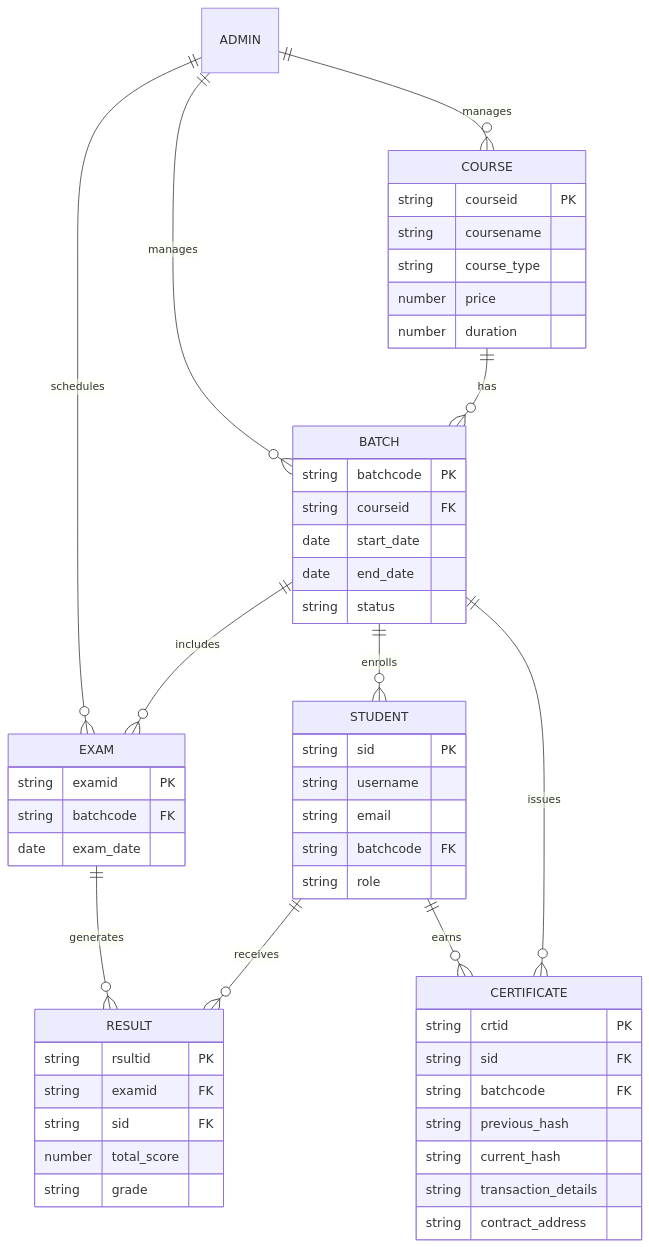
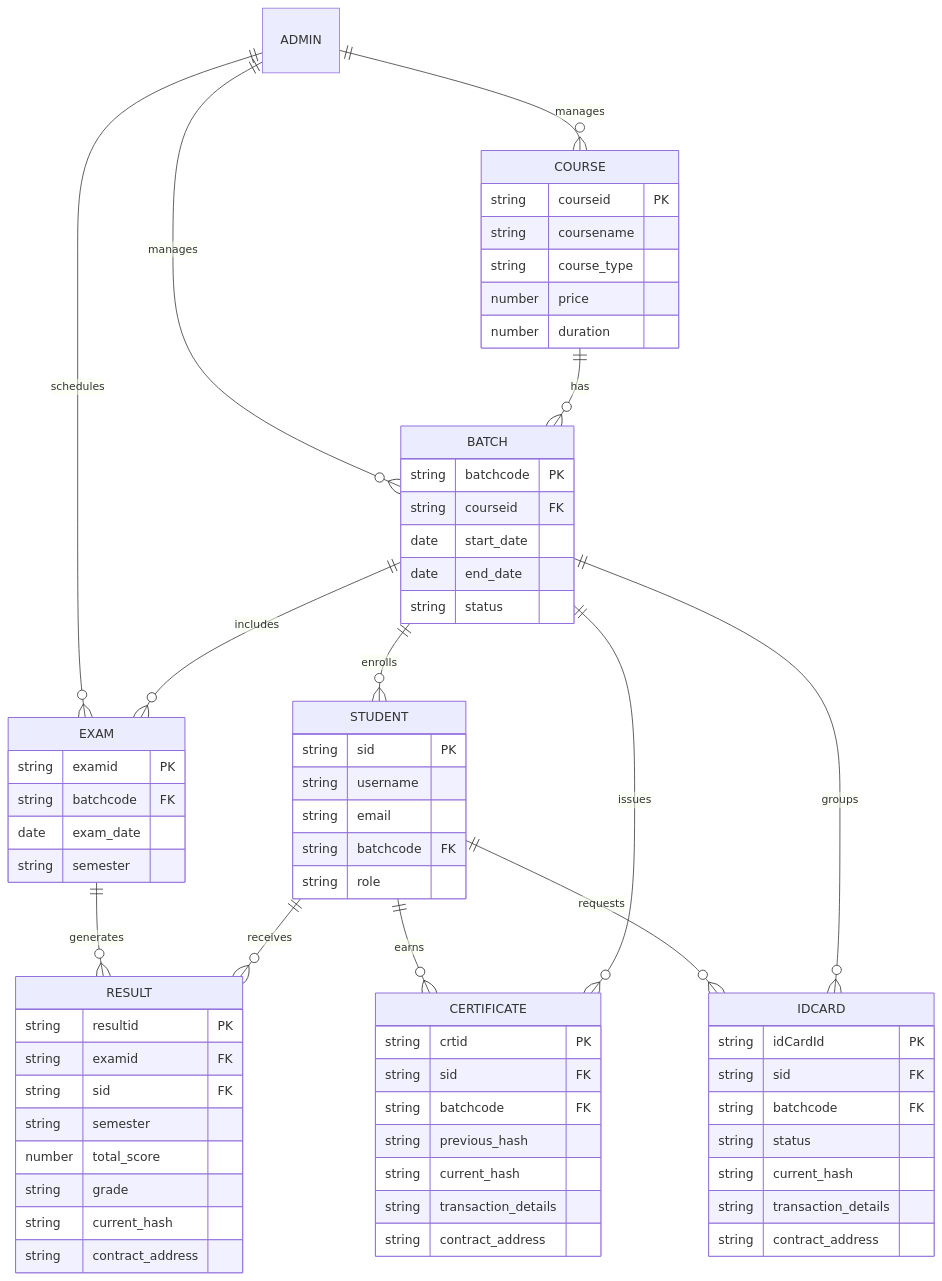
The first of 4 diagrams in README.md (saikatssg/student-education-portal), drawn with Mermaid before and after one commit. The commit also changed other lines of this file, not shown here.

````diff
--- a/README.md
+++ b/README.md
@@ -53,56 +64,71 @@
 ```mermaid
 erDiagram
     ADMIN ||--o{ COURSE : manages
     ADMIN ||--o{ BATCH : manages
     ADMIN ||--o{ EXAM : schedules
     COURSE ||--o{ BATCH : has
     BATCH ||--o{ STUDENT : enrolls
     BATCH ||--o{ EXAM : includes
     EXAM ||--o{ RESULT : generates
     STUDENT ||--o{ RESULT : receives
     STUDENT ||--o{ CERTIFICATE : earns
+    STUDENT ||--o{ IDCARD : requests
     BATCH ||--o{ CERTIFICATE : issues
+    BATCH ||--o{ IDCARD : groups
 
     COURSE {
         string courseid PK
         string coursename
         string course_type
         number price
         number duration
     }
     BATCH {
         string batchcode PK
         string courseid FK
         date start_date
         date end_date
         string status
     }
     STUDENT {
         string sid PK
         string username
         string email
         string batchcode FK
         string role
     }
     EXAM {
         string examid PK
         string batchcode FK
         date exam_date
+        string semester
     }
     RESULT {
-        string rsultid PK
+        string resultid PK
         string examid FK
         string sid FK
+        string semester
         number total_score
         string grade
+        string current_hash
+        string contract_address
     }
     CERTIFICATE {
         string crtid PK
         string sid FK
         string batchcode FK
         string previous_hash
         string current_hash
         string transaction_details
         string contract_address
     }
+    IDCARD {
+        string idCardId PK
+        string sid FK
+        string batchcode FK
+        string status
+        string current_hash
+        string transaction_details
+        string contract_address
+    }
 ```
````
